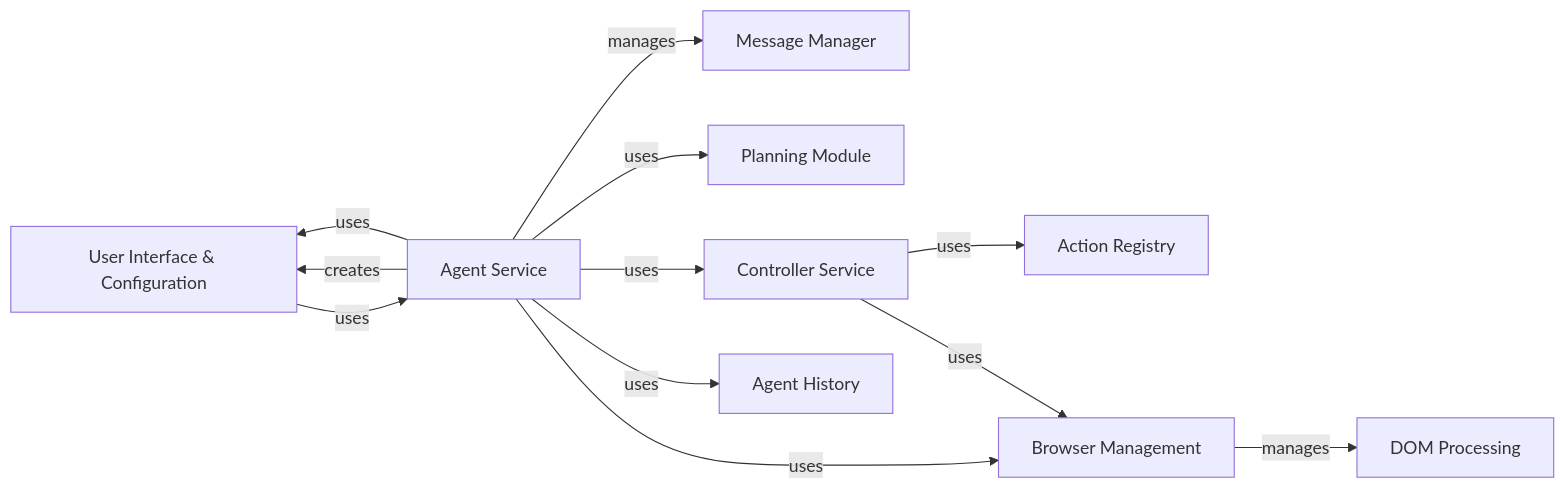
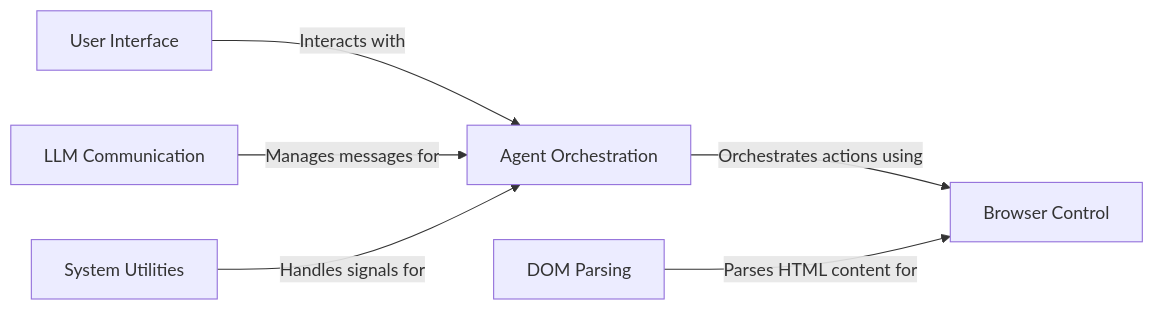
The diagram in browser-use/on_boarding.md (CodeBoarding/GeneratedOnBoardings), drawn with Mermaid before and after one commit. The commit also changed other lines of this file and 15 other files, not shown here.

````diff
--- a/browser-use/on_boarding.md
+++ b/browser-use/on_boarding.md
@@ -1,32 +1,20 @@
 ```mermaid
 graph LR
-    User_Interface_Configuration["User Interface & Configuration"]
-    Agent_Service["Agent Service"]
-    Message_Manager["Message Manager"]
-    Planning_Module["Planning Module"]
-    Controller_Service["Controller Service"]
-    Action_Registry["Action Registry"]
-    Browser_Management["Browser Management"]
-    DOM_Processing["DOM Processing"]
-    Agent_History["Agent History"]
-    User_Interface_Configuration -- "uses" --> Agent_Service
-    Agent_Service -- "manages" --> Message_Manager
-    Agent_Service -- "uses" --> Controller_Service
-    Agent_Service -- "uses" --> Browser_Management
-    Agent_Service -- "uses" --> Planning_Module
-    Agent_Service -- "uses" --> Agent_History
-    Controller_Service -- "uses" --> Browser_Management
-    Controller_Service -- "uses" --> Action_Registry
-    Browser_Management -- "manages" --> DOM_Processing
-    Agent_Service -- "creates" --> User_Interface_Configuration
-    Agent_Service -- "uses" --> User_Interface_Configuration
-    click User_Interface_Configuration href "https://github.com/CodeBoarding/GeneratedOnBoardings/blob/main/browser-use/User Interface & Configuration.md" "Details"
-    click Agent_Service href "https://github.com/CodeBoarding/GeneratedOnBoardings/blob/main/browser-use/Agent Service.md" "Details"
-    click Message_Manager href "https://github.com/CodeBoarding/GeneratedOnBoardings/blob/main/browser-use/Message Manager.md" "Details"
-    click Planning_Module href "https://github.com/CodeBoarding/GeneratedOnBoardings/blob/main/browser-use/Planning Module.md" "Details"
-    click Controller_Service href "https://github.com/CodeBoarding/GeneratedOnBoardings/blob/main/browser-use/Controller Service.md" "Details"
-    click Action_Registry href "https://github.com/CodeBoarding/GeneratedOnBoardings/blob/main/browser-use/Action Registry.md" "Details"
-    click Browser_Management href "https://github.com/CodeBoarding/GeneratedOnBoardings/blob/main/browser-use/Browser Management.md" "Details"
-    click DOM_Processing href "https://github.com/CodeBoarding/GeneratedOnBoardings/blob/main/browser-use/DOM Processing.md" "Details"
-    click Agent_History href "https://github.com/CodeBoarding/GeneratedOnBoardings/blob/main/browser-use/Agent History.md" "Details"
+    User_Interface["User Interface"]
+    Agent_Orchestration["Agent Orchestration"]
+    Browser_Control["Browser Control"]
+    DOM_Parsing["DOM Parsing"]
+    LLM_Communication["LLM Communication"]
+    System_Utilities["System Utilities"]
+    User_Interface -- "Interacts with" --> Agent_Orchestration
+    Agent_Orchestration -- "Orchestrates actions using" --> Browser_Control
+    DOM_Parsing -- "Parses HTML content for" --> Browser_Control
+    LLM_Communication -- "Manages messages for" --> Agent_Orchestration
+    System_Utilities -- "Handles signals for" --> Agent_Orchestration
+    click User_Interface href "https://github.com/CodeBoarding/GeneratedOnBoardings/blob/main/browser-use/User Interface.md" "Details"
+    click Agent_Orchestration href "https://github.com/CodeBoarding/GeneratedOnBoardings/blob/main/browser-use/Agent Orchestration.md" "Details"
+    click Browser_Control href "https://github.com/CodeBoarding/GeneratedOnBoardings/blob/main/browser-use/Browser Control.md" "Details"
+    click DOM_Parsing href "https://github.com/CodeBoarding/GeneratedOnBoardings/blob/main/browser-use/DOM Parsing.md" "Details"
+    click LLM_Communication href "https://github.com/CodeBoarding/GeneratedOnBoardings/blob/main/browser-use/LLM Communication.md" "Details"
+    click System_Utilities href "https://github.com/CodeBoarding/GeneratedOnBoardings/blob/main/browser-use/System Utilities.md" "Details"
 ```
````
